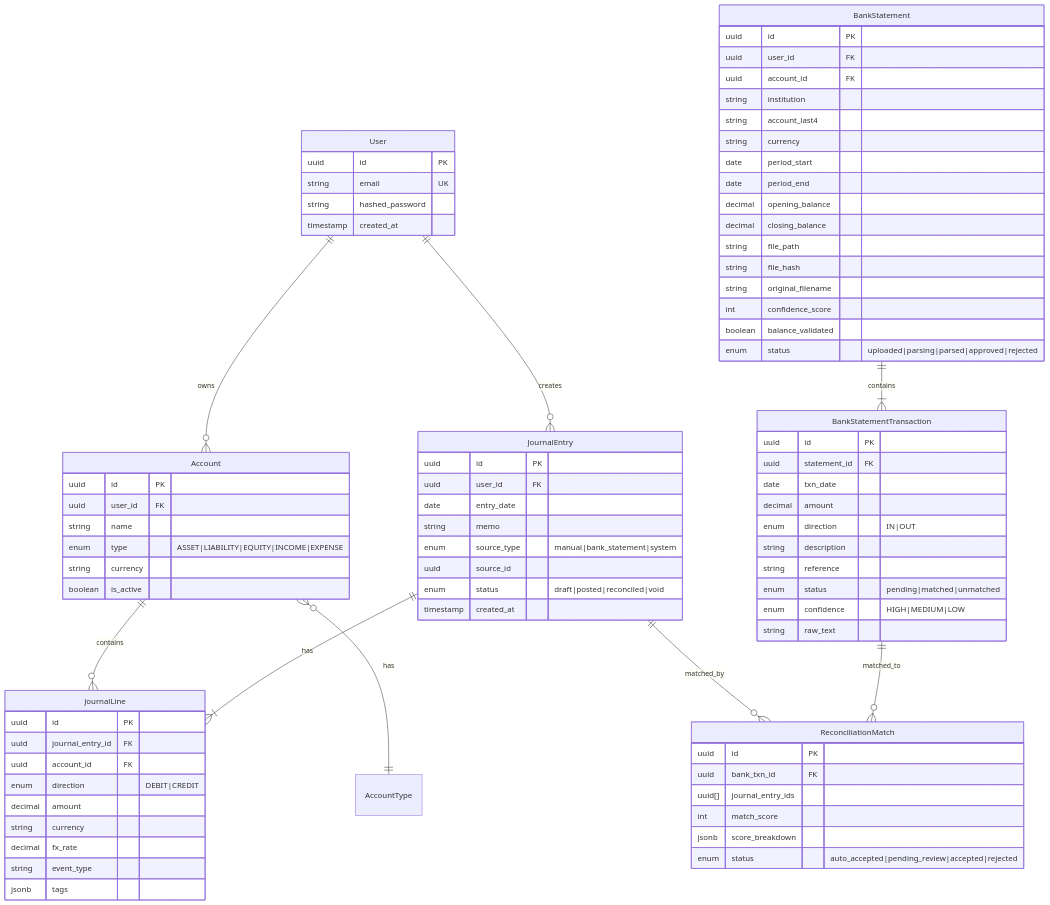
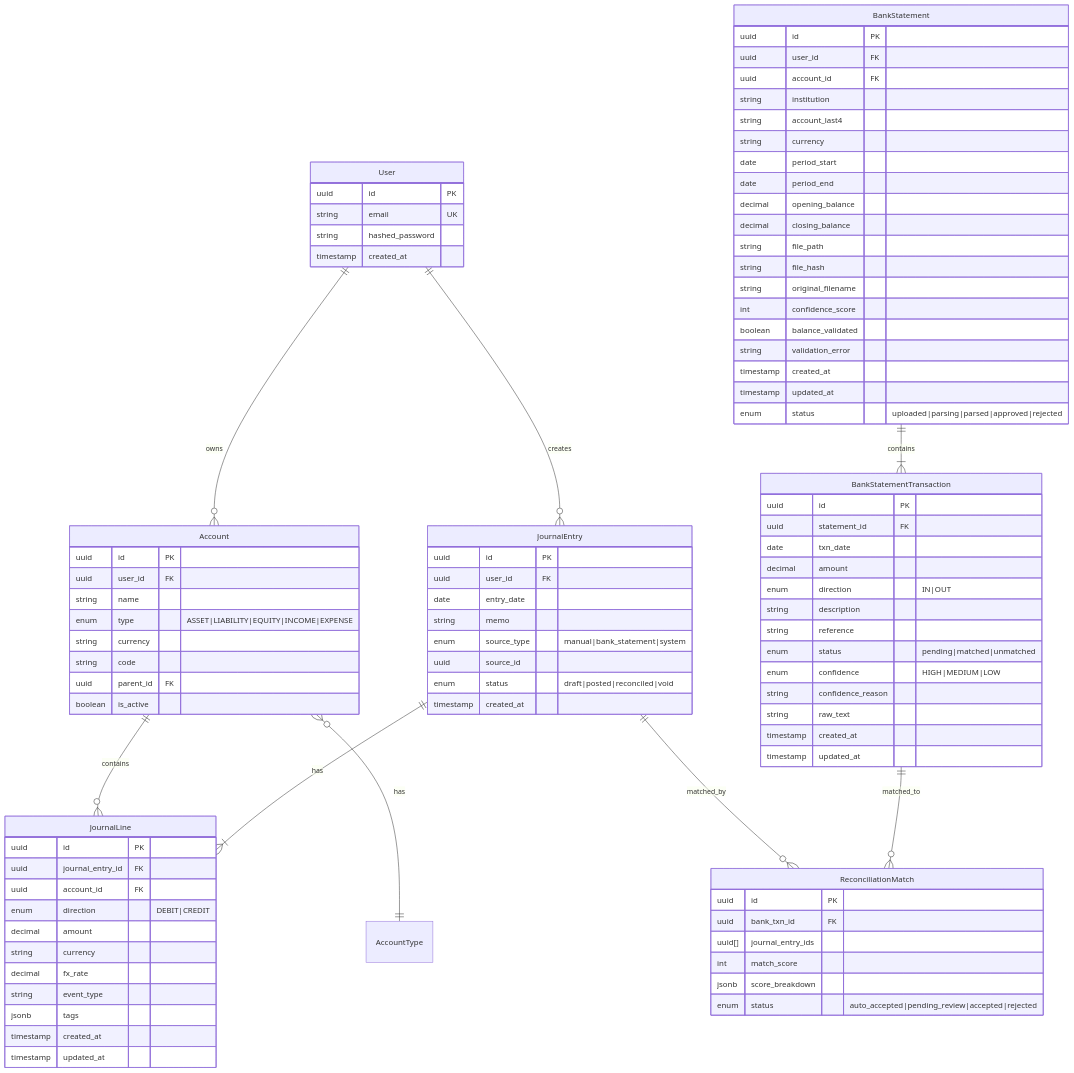
The diagram in docs/ssot/schema.md (wangzitian0/finance_report), drawn with Mermaid before and after one commit. The commit also changed other lines of this file and 36 other files, not shown here.

```diff
--- a/docs/ssot/schema.md
+++ b/docs/ssot/schema.md
@@ -44,6 +44,8 @@
         string name
         enum type "ASSET|LIABILITY|EQUITY|INCOME|EXPENSE"
         string currency
+        string code
+        uuid parent_id FK
         boolean is_active
     }
     
@@ -68,6 +70,8 @@
         decimal fx_rate
         string event_type
         jsonb tags
+        timestamp created_at
+        timestamp updated_at
     }
     
     BankStatement {
@@ -86,6 +90,9 @@
         string original_filename
         int confidence_score
         boolean balance_validated
+        string validation_error
+        timestamp created_at
+        timestamp updated_at
         enum status "uploaded|parsing|parsed|approved|rejected"
     }
     
@@ -99,7 +106,10 @@
         string reference
         enum status "pending|matched|unmatched"
         enum confidence "HIGH|MEDIUM|LOW"
+        string confidence_reason
         string raw_text
+        timestamp created_at
+        timestamp updated_at
     }
     
     ReconciliationMatch {
```
